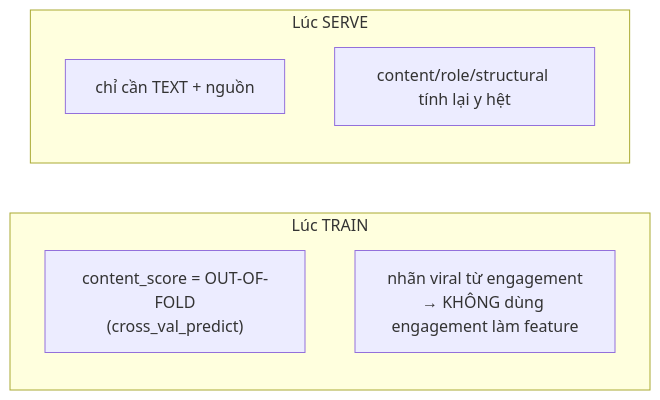
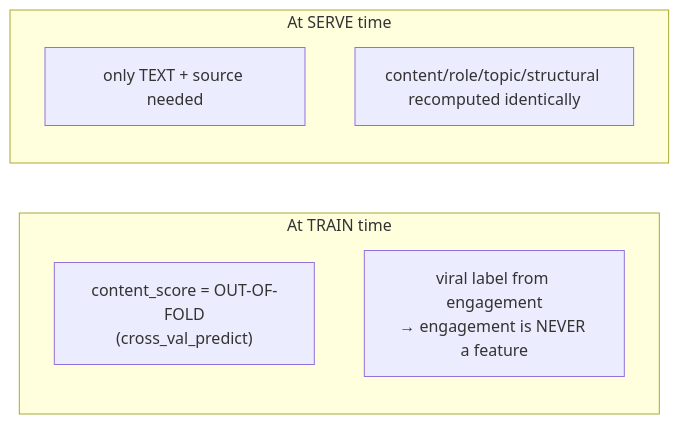
Before and after one commit to raph0603/USER-BEHAVIOR-SOCIAL-MEDIA: the third of 3 diagrams in ml/ARCHITECTURE.md, drawn with Mermaid. The commit also changed other lines of this file and 1 other file, not shown here.

Commit message:
edit readme and architecture

````diff
--- a/ml/ARCHITECTURE.md
+++ b/ml/ARCHITECTURE.md
@@ -73,11 +79,11 @@
 ```mermaid
 flowchart LR
-  subgraph TR["Lúc TRAIN"]
+  subgraph TR["At TRAIN time"]
     T1["content_score = OUT-OF-FOLD<br/>(cross_val_predict)"]
-    T2["nhãn viral từ engagement<br/>→ KHÔNG dùng engagement làm feature"]
+    T2["viral label from engagement<br/>→ engagement is NEVER a feature"]
   end
-  subgraph SE["Lúc SERVE"]
-    S1["chỉ cần TEXT + nguồn"]
-    S2["content/role/structural tính lại y hệt"]
+  subgraph SE["At SERVE time"]
+    S1["only TEXT + source needed"]
+    S2["content/role/topic/structural recomputed identically"]
   end
 ```
````
